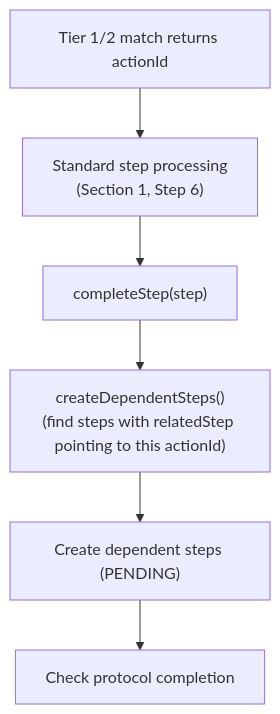
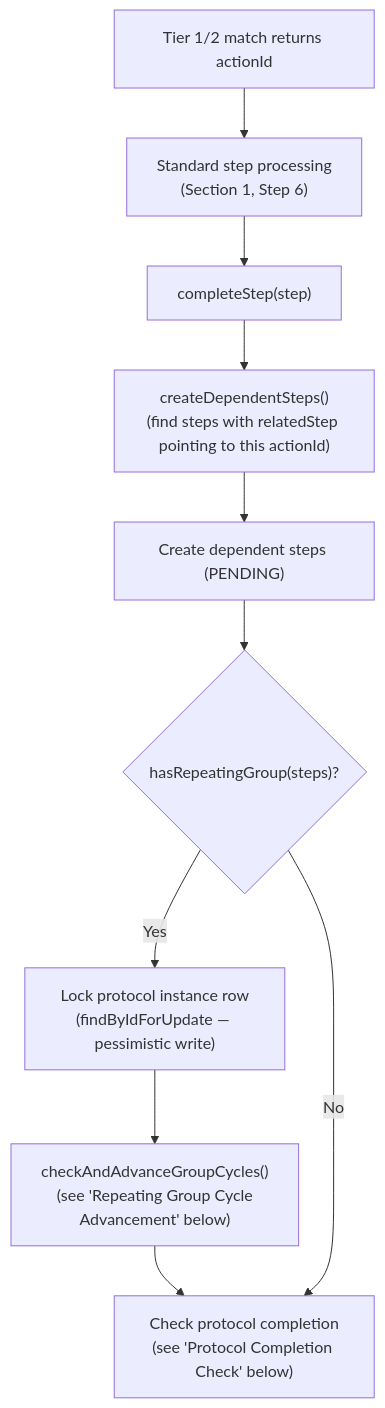
The tenth of 13 diagrams in docs/flow-diagrams.md (Jayaprakash8887/cce-compliance-service), drawn with Mermaid before and after one commit. The commit also changed other lines of this file and 7 other files, not shown here.

````diff
--- a/docs/flow-diagrams.md
+++ b/docs/flow-diagrams.md
@@ -506,8 +536,12 @@
 ```mermaid
 flowchart TD
     MATCH["Tier 1/2 match returns actionId"] --> NORMAL["Standard step processing<br/>(Section 1, Step 6)"]
     NORMAL --> COMPLETE["completeStep(step)"]
     COMPLETE --> DEPS["createDependentSteps()<br/>(find steps with relatedStep pointing to this actionId)"]
     DEPS --> CREATED["Create dependent steps (PENDING)"]
-    CREATED --> CHECK["Check protocol completion"]
+    CREATED --> HASGROUP{"hasRepeatingGroup(steps)?"}
+    HASGROUP -->|"Yes"| LOCK["Lock protocol instance row<br/>(findByIdForUpdate — pessimistic write)"]
+    LOCK --> ADVANCE["checkAndAdvanceGroupCycles()<br/>(see 'Repeating Group Cycle<br/>Advancement' below)"]
+    ADVANCE --> CHECK
+    HASGROUP -->|"No"| CHECK["Check protocol completion<br/>(see 'Protocol Completion Check' below)"]
 ```
````
